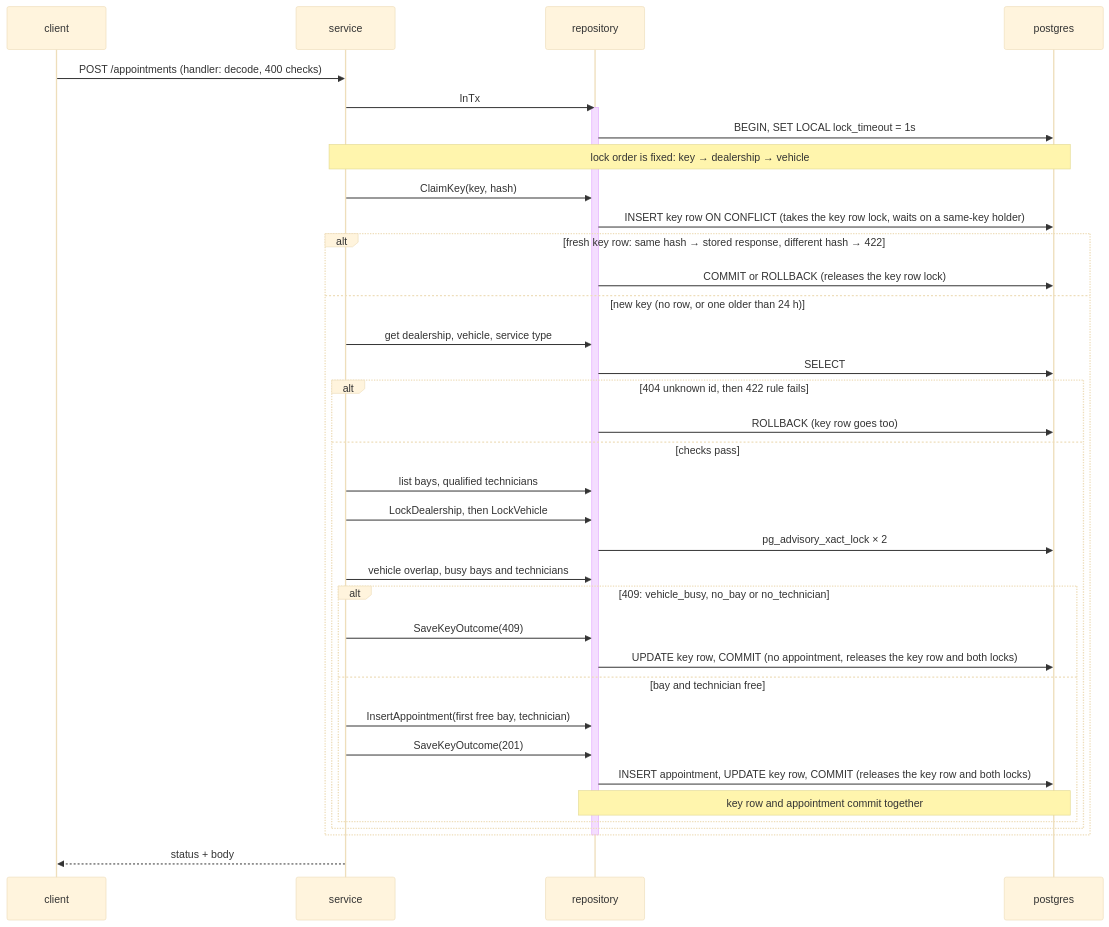
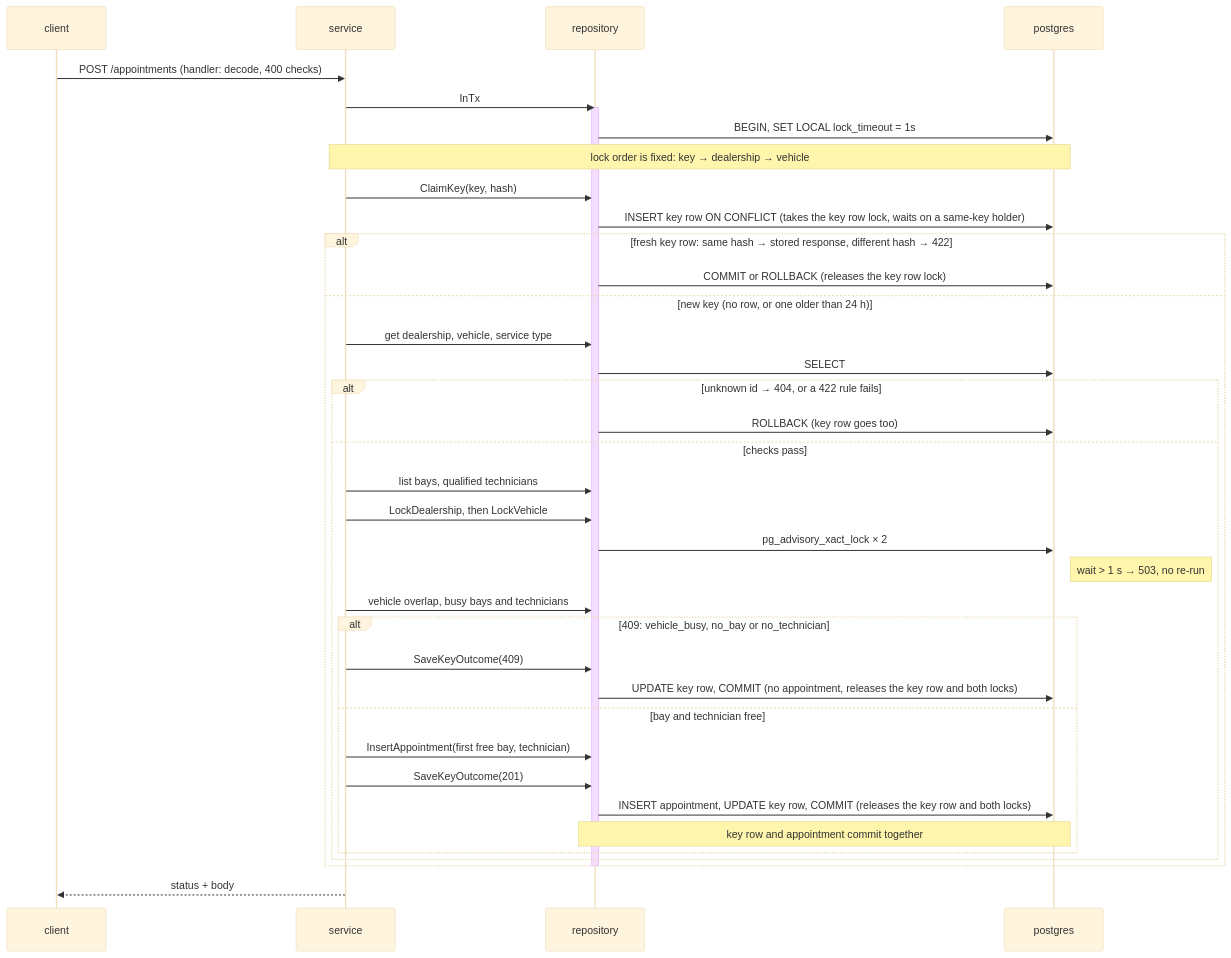
One commit to vumanhcuongit/service-bay-scheduler changed the second of 2 diagrams in docs/design.md. Above: the diagram before and after it, drawn with Mermaid (base theme). The commit also changed other lines of this file, not shown here.

Commit message:
docs: §4 notes split into locks, checks and assignment, lock-wait note on the diagram, §1.1 cites no step numbers

````diff
--- a/docs/design.md
+++ b/docs/design.md
@@ -93,40 +93,41 @@
 ```mermaid
 sequenceDiagram
     participant C as client
     participant S as service
     participant R as repository
     participant P as postgres
 
     C->>S: POST /appointments (handler: decode, 400 checks)
     S->>R: InTx
     activate R
     R->>P: BEGIN, SET LOCAL lock_timeout = 1s
     Note over S,P: lock order is fixed: key → dealership → vehicle
     S->>R: ClaimKey(key, hash)
     R->>P: INSERT key row ON CONFLICT (takes the key row lock, waits on a same-key holder)
     alt fresh key row: same hash → stored response, different hash → 422
         R->>P: COMMIT or ROLLBACK (releases the key row lock)
     else new key (no row, or one older than 24 h)
         S->>R: get dealership, vehicle, service type
         R->>P: SELECT
-        alt 404 unknown id, then 422 rule fails
+        alt unknown id → 404, or a 422 rule fails
             R->>P: ROLLBACK (key row goes too)
         else checks pass
             S->>R: list bays, qualified technicians
             S->>R: LockDealership, then LockVehicle
             R->>P: pg_advisory_xact_lock × 2
+            Note right of P: wait > 1 s → 503, no re-run
             S->>R: vehicle overlap, busy bays and technicians
             alt 409: vehicle_busy, no_bay or no_technician
                 S->>R: SaveKeyOutcome(409)
                 R->>P: UPDATE key row, COMMIT (no appointment, releases the key row and both locks)
             else bay and technician free
                 S->>R: InsertAppointment(first free bay, technician)
                 S->>R: SaveKeyOutcome(201)
                 R->>P: INSERT appointment, UPDATE key row, COMMIT (releases the key row and both locks)
                 Note over R,P: key row and appointment commit together
             end
         end
     end
     deactivate R
     S-->>C: status + body
 ```
````
